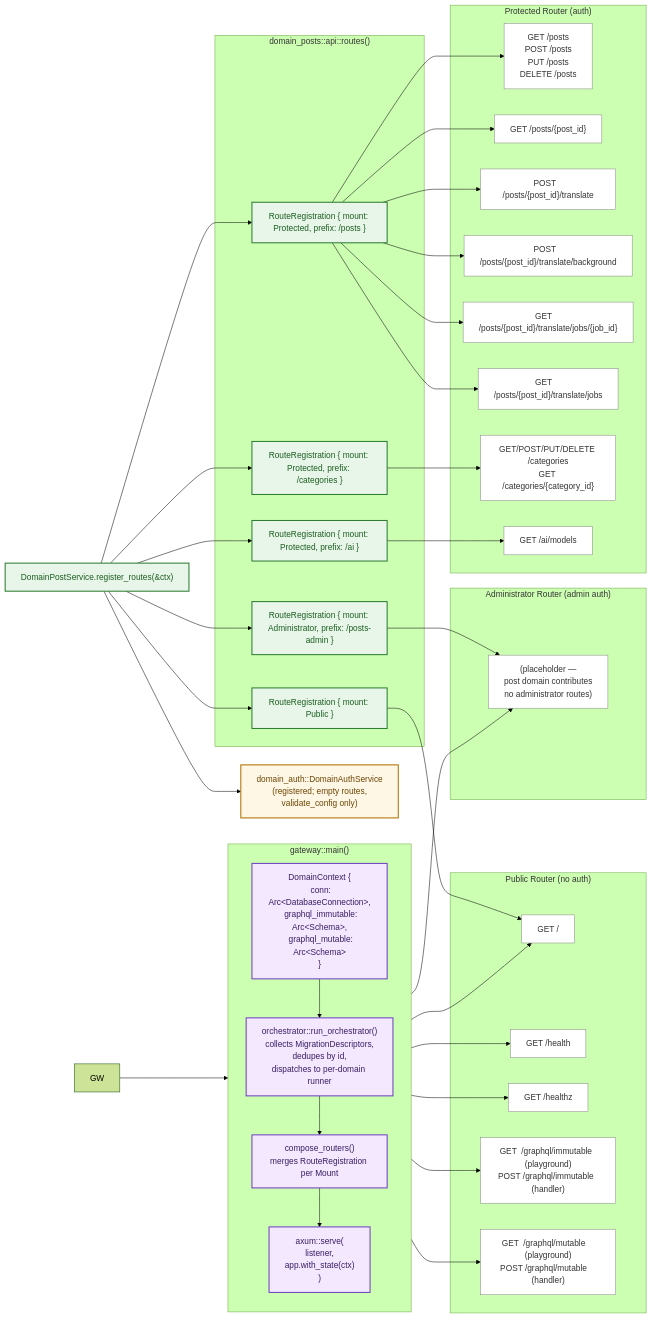
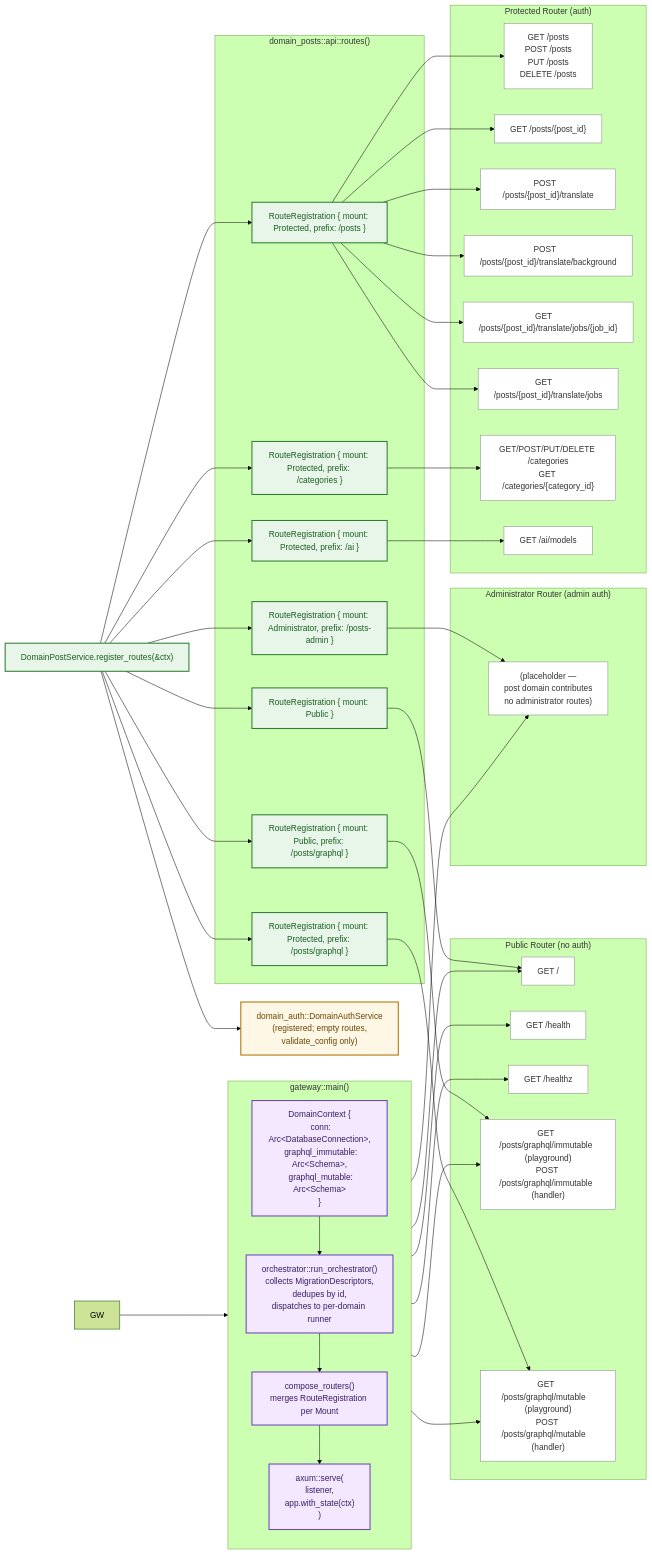
The third of 10 diagrams in docs/api-architecture.md (doitsu2014/my-cms), drawn with Mermaid (forest theme) before and after one commit. The commit also changed other lines of this file and 27 other files, not shown here.

First line of the commit message:
feat(posts): merge GraphQL into posts domain

````diff
--- a/docs/api-architecture.md
+++ b/docs/api-architecture.md
@@ -119,67 +116,71 @@
 ```mermaid
 graph LR
     subgraph gw["gateway::main()"]
         direction TB
         CTX["DomainContext {<br/>  conn: Arc&lt;DatabaseConnection&gt;,<br/>  graphql_immutable: Arc&lt;Schema&gt;,<br/>  graphql_mutable: Arc&lt;Schema&gt;<br/>}"]
         ORCH["orchestrator::run_orchestrator()<br/>collects MigrationDescriptors,<br/>dedupes by id,<br/>dispatches to per-domain runner"]
         COMP["compose_routers()<br/>merges RouteRegistration per Mount"]
         SERV["axum::serve(<br/>  listener,<br/>  app.with_state(ctx)<br/>)"]
     end
 
     subgraph public_routes["Public Router (no auth)"]
         PR1["GET  /"]
         PR2["GET  /health"]
         PR3["GET  /healthz"]
-        PR4["GET  /graphql/immutable  (playground)<br/>POST /graphql/immutable  (handler)"]
-        PR5["GET  /graphql/mutable    (playground)<br/>POST /graphql/mutable    (handler)"]
+        PR4["GET  /posts/graphql/immutable  (playground)<br/>POST /posts/graphql/immutable  (handler)"]
+        PR5["GET  /posts/graphql/mutable    (playground)<br/>POST /posts/graphql/mutable    (handler)"]
     end
 
     subgraph protected_routes["Protected Router (auth)"]
         PPR1["GET    /posts<br/>POST   /posts<br/>PUT    /posts<br/>DELETE /posts"]
         PPR2["GET    /posts/{post_id}"]
         PPR3["POST   /posts/{post_id}/translate"]
         PPR4["POST   /posts/{post_id}/translate/background"]
         PPR5["GET    /posts/{post_id}/translate/jobs/{job_id}"]
         PPR6["GET    /posts/{post_id}/translate/jobs"]
         PPR7["GET/POST/PUT/DELETE /categories<br/>GET /categories/{category_id}"]
         PPR8["GET /ai/models"]
     end
 
     subgraph administrator_routes["Administrator Router (admin auth)"]
         AR1["(placeholder —<br/>post domain contributes<br/>no administrator routes)"]
     end
 
     MAN["DomainPostService.register_routes(&ctx)"]
     subgraph dps["domain_posts::api::routes()"]
         DPSR1["RouteRegistration { mount: Public }"]
         DPSR2["RouteRegistration { mount: Protected, prefix: /posts }"]
         DPSR3["RouteRegistration { mount: Protected, prefix: /categories }"]
         DPSR4["RouteRegistration { mount: Protected, prefix: /ai }"]
         DPSR5["RouteRegistration { mount: Administrator, prefix: /posts-admin }"]
+        DPSR6["RouteRegistration { mount: Public, prefix: /posts/graphql }"]
+        DPSR7["RouteRegistration { mount: Protected, prefix: /posts/graphql }"]
     end
 
     GW --> CTX
     CTX --> ORCH
     ORCH --> COMP
     COMP --> SERV
     COMP --> PR1 & PR2 & PR3 & PR4 & PR5
     COMP --> AR1
-    MAN --> DPSR1 & DPSR2 & DPSR3 & DPSR4 & DPSR5
+    MAN --> DPSR1 & DPSR2 & DPSR3 & DPSR4 & DPSR5 & DPSR6 & DPSR7
     MAN --> AUTH["domain_auth::DomainAuthService<br/>(registered; empty routes,<br/>validate_config only)"]
     DPSR1 --> PR1
     DPSR2 --> PPR1 & PPR2 & PPR3 & PPR4 & PPR5 & PPR6
     DPSR3 --> PPR7
     DPSR4 --> PPR8
     DPSR5 --> AR1
+    DPSR6 --> PR4
+    DPSR7 --> PR5
 
     classDef domain fill:#e8f5e9,stroke:#2e7d32,stroke-width:2px,color:#1b5e20
     classDef infra fill:#fff7e6,stroke:#b07000,stroke-width:2px,color:#6b4500
     classDef gateway fill:#f3e8ff,stroke:#6f42c1,stroke-width:2px,color:#3a1d63
     classDef route fill:#fff,stroke:#888,stroke-width:1px,color:#333
     classDef shim fill:#fff4e6,stroke:#d97706,stroke-width:1px,color:#7c2d12
 
     class CTX,ORCH,COMP,SERV gateway
     class PR1,PR2,PR3,PR4,PR5,PPR1,PPR2,PPR3,PPR4,PPR5,PPR6,PPR7,PPR8,AR1 route
-    class MAN,DPSR1,DPSR2,DPSR3,DPSR4,DPSR5 domain
+    class MAN,DPSR1,DPSR2,DPSR3,DPSR4,DPSR5,DPSR6,DPSR7 domain
     class AUTH infra
 ```
````
